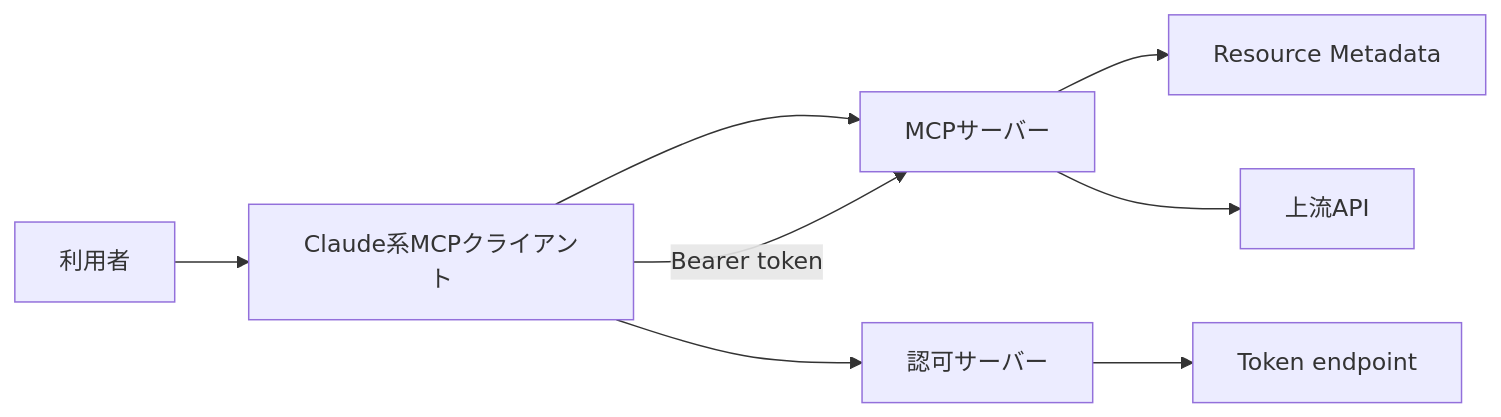
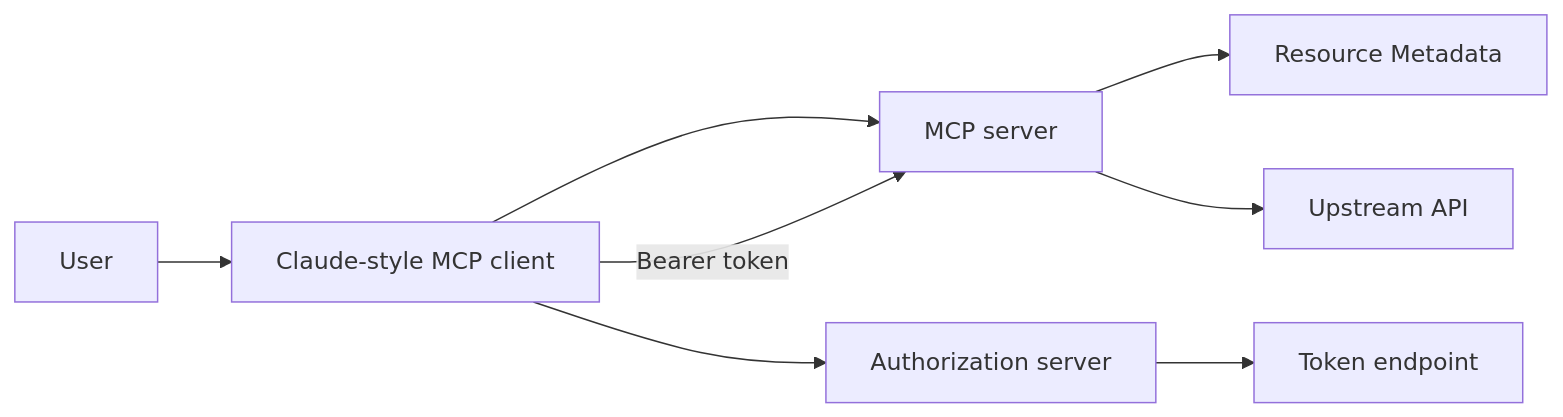
The first of 4 diagrams in content/blog/en/oauth21-pkce-mcp-auth.mdx (daylight55/research), drawn with Mermaid before and after one commit. The commit also changed other lines of this file and 26 other files, not shown here.

Commit message:
Translate English Mermaid labels

````diff
--- a/content/blog/en/oauth21-pkce-mcp-auth.mdx
+++ b/content/blog/en/oauth21-pkce-mcp-auth.mdx
@@ -33,10 +33,10 @@
 ```mermaid
 flowchart LR
-  U["利用者"] --> C["Claude系MCPクライアント"]
-  C --> M["MCPサーバー"]
+  U["User"] --> C["Claude-style MCP client"]
+  C --> M["MCP server"]
   M --> PRM["Resource Metadata"]
-  C --> AS["認可サーバー"]
+  C --> AS["Authorization server"]
   AS --> TOK["Token endpoint"]
   C -->|Bearer token| M
-  M --> API["上流API"]
+  M --> API["Upstream API"]
 ```
````
